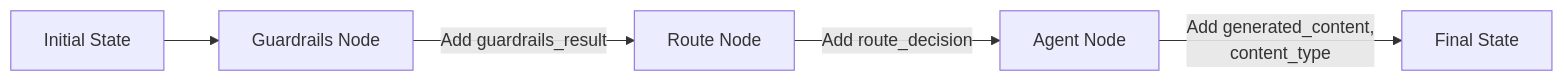
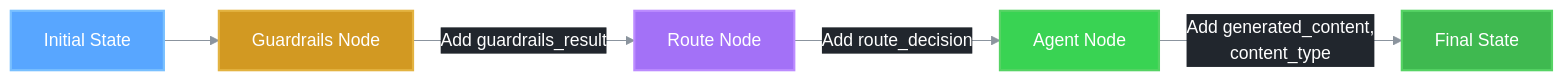
Before and after one commit to jayanthanantharaman/reach: the second of 2 diagrams in docs/architecture/02_graph_state.md, drawn with Mermaid. The commit also changed other lines of this file and 10 other files, not shown here.

Commit message:
REACH - Update mermaid diagrams

````diff
--- a/docs/architecture/02_graph_state.md
+++ b/docs/architecture/02_graph_state.md
@@ -150,7 +151,14 @@
 ```mermaid
+%%{init: {'theme': 'base', 'themeVariables': { 'primaryColor': '#58a6ff', 'primaryTextColor': '#ffffff', 'primaryBorderColor': '#58a6ff', 'lineColor': '#8b949e', 'secondaryColor': '#21262d', 'tertiaryColor': '#161b22', 'background': '#0d1117'}}}%%
 flowchart LR
     INIT[Initial State] --> GUARDRAILS[Guardrails Node]
     GUARDRAILS --> |Add guardrails_result| ROUTE[Route Node]
     ROUTE --> |Add route_decision| AGENT[Agent Node]
     AGENT --> |Add generated_content,<br/>content_type| END[Final State]
+
+    style INIT fill:#58a6ff,stroke:#79c0ff,stroke-width:2px,color:#ffffff
+    style GUARDRAILS fill:#d29922,stroke:#e3b341,stroke-width:2px,color:#ffffff
+    style ROUTE fill:#a371f7,stroke:#bc8cff,stroke-width:2px,color:#ffffff
+    style AGENT fill:#39d353,stroke:#56d364,stroke-width:2px,color:#ffffff
+    style END fill:#3fb950,stroke:#56d364,stroke-width:2px,color:#ffffff
 ```
````
